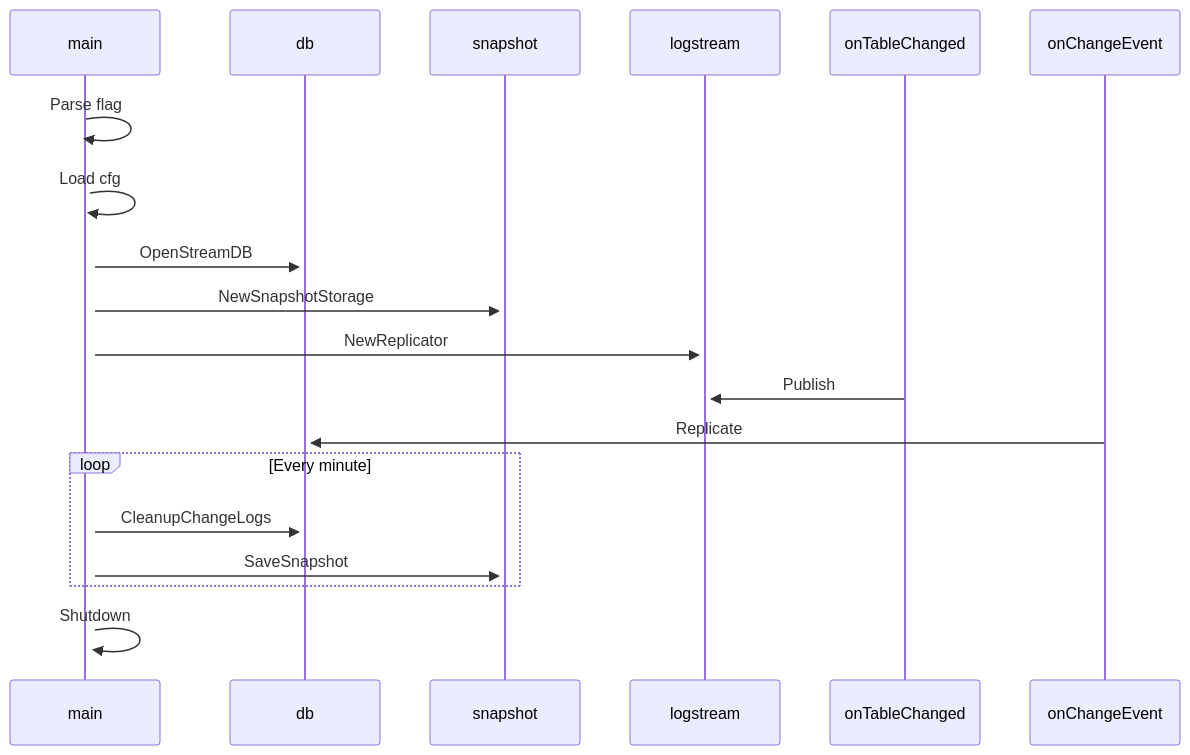
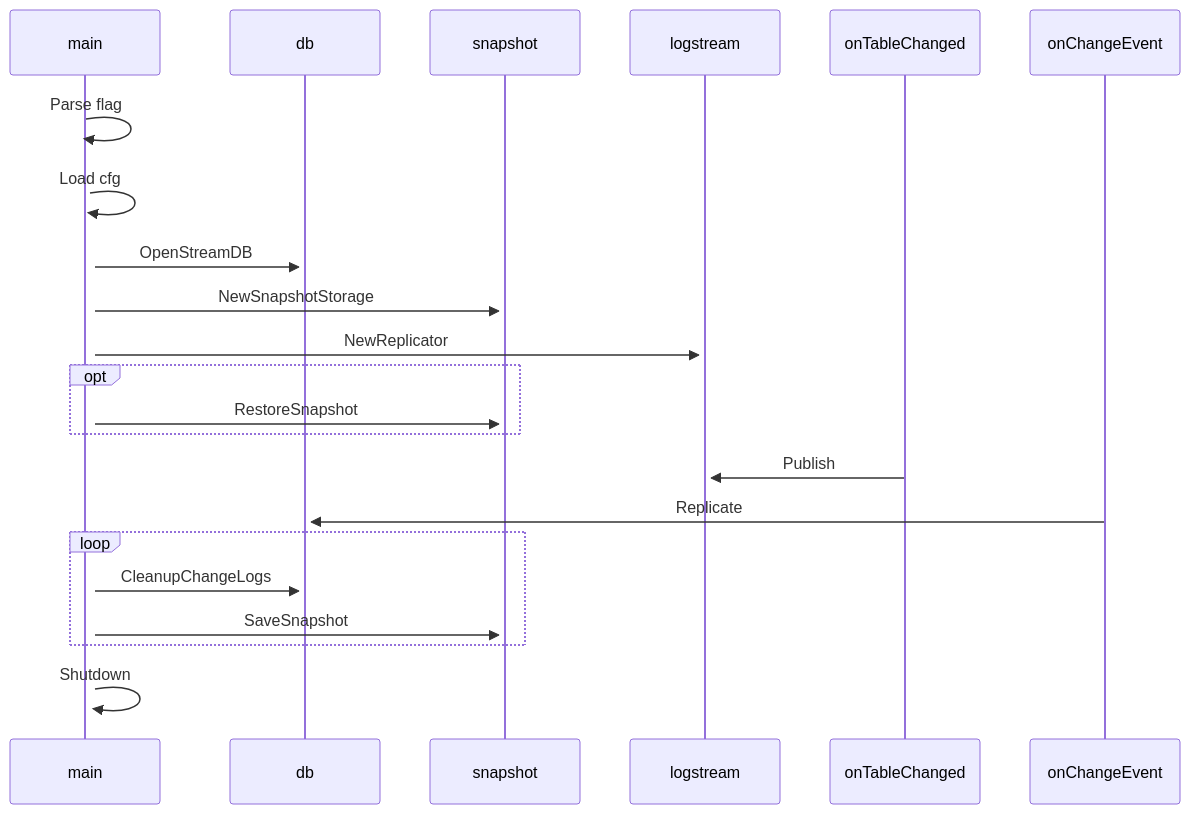
Before and after one commit to maxpert/marmot: the diagram in docs/src/pages/internals.mdx, drawn with Mermaid. The commit also changed other lines of this file, not shown here.

Commit message:
Improve sequence diagram to illustrate restore

````diff
--- a/docs/src/pages/internals.mdx
+++ b/docs/src/pages/internals.mdx
@@ -5,15 +5,18 @@
 ```mermaid
 sequenceDiagram
     main->>+main: Parse flag
     main->>+main: Load cfg
     main->>+db: OpenStreamDB
     main->>+snapshot: NewSnapshotStorage
     main->>+logstream: NewReplicator
+    opt
+      main->>+snapshot: RestoreSnapshot
+    end
     onTableChanged->>+logstream: Publish 
     onChangeEvent->>+db: Replicate   
-    loop Every minute
+    loop
         main->>+db: CleanupChangeLogs
         main->>+snapshot: SaveSnapshot
     end
         main->>main: Shutdown
 ```
````
